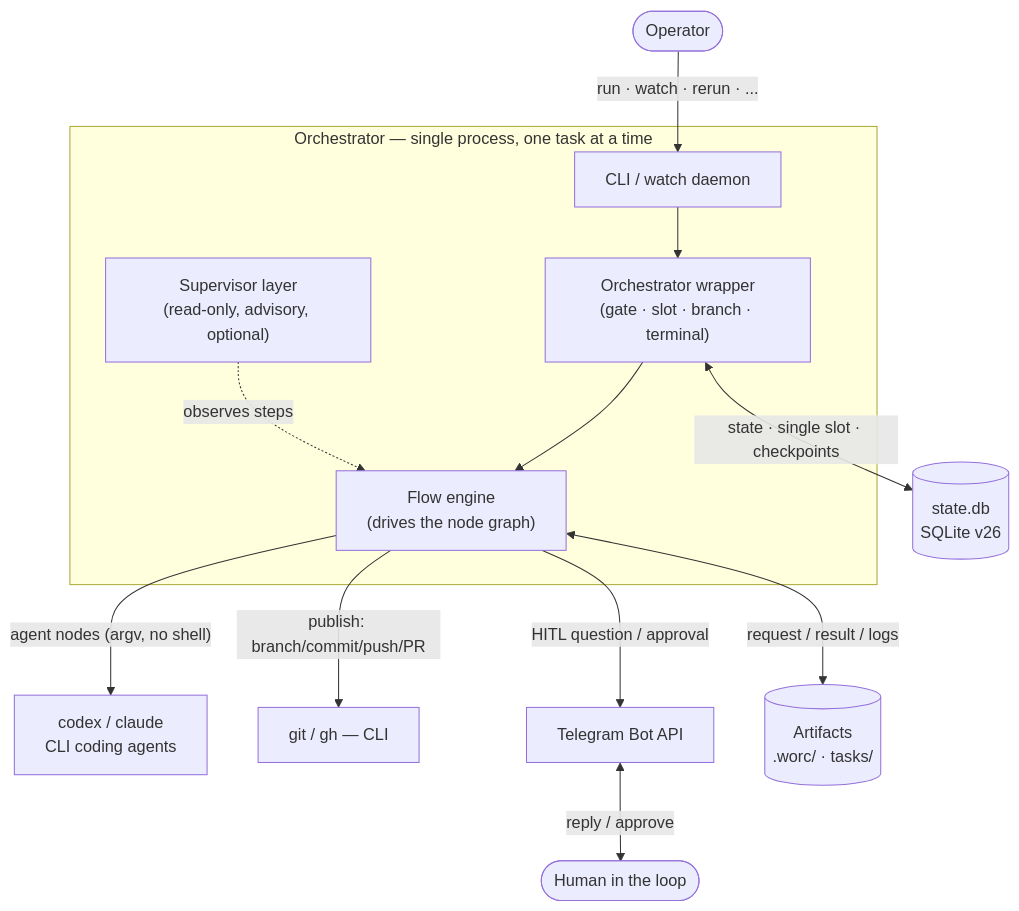
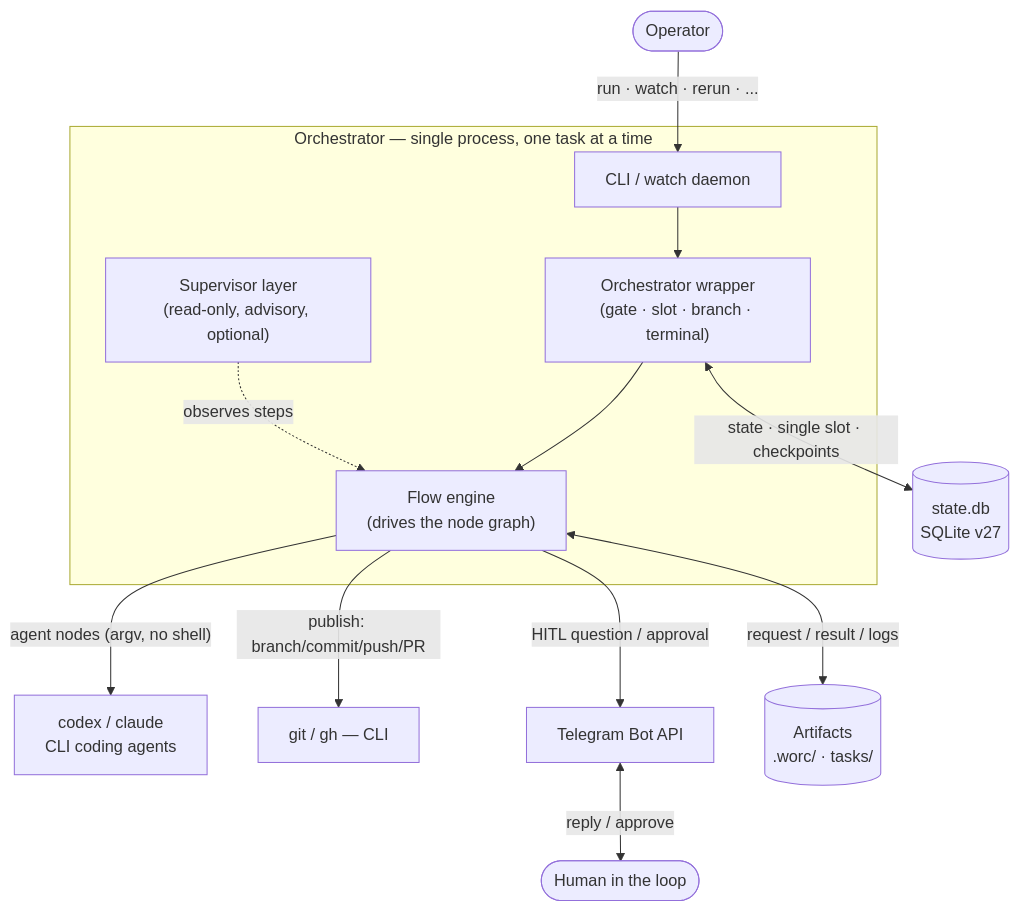
One commit to VladimirMakarevich/wastech-orchestrator changed the first of 3 diagrams in docs/worc_architecture.md. Above: the diagram before and after it, drawn with Mermaid. The commit also changed other lines of this file and 7 other files, not shown here.

````diff
--- a/docs/worc_architecture.md
+++ b/docs/worc_architecture.md
@@ -30,28 +30,28 @@
 ```mermaid
 flowchart TB
     operator(["Operator"])
     human(["Human in the loop"])
 
     subgraph orc["Orchestrator — single process, one task at a time"]
         cli["CLI / watch daemon"]
         wrap["Orchestrator wrapper<br/>(gate · slot · branch · terminal)"]
         engine["Flow engine<br/>(drives the node graph)"]
         sup["Supervisor layer<br/>(read-only, advisory, optional)"]
         cli --> wrap --> engine
         sup -. observes steps .-> engine
     end
 
     agents["codex / claude<br/>CLI coding agents"]
     vcs["git / gh — CLI"]
     tg["Telegram Bot API"]
-    db[("state.db<br/>SQLite v26")]
+    db[("state.db<br/>SQLite v27")]
     art[("Artifacts<br/>.worc/ · tasks/")]
 
     operator -->|"run · watch · rerun · ..."| cli
     engine -->|"agent nodes (argv, no shell)"| agents
     engine -->|"publish: branch/commit/push/PR"| vcs
     engine -->|"HITL question / approval"| tg
     tg <-->|"reply / approve"| human
     wrap <-->|"state · single slot · checkpoints"| db
     engine <-->|"request / result / logs"| art
 ```
````
